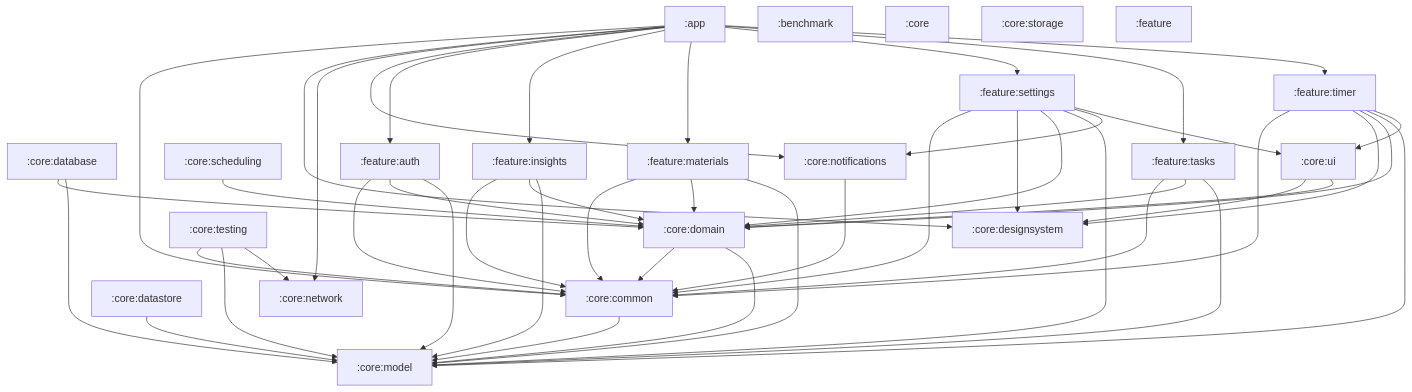
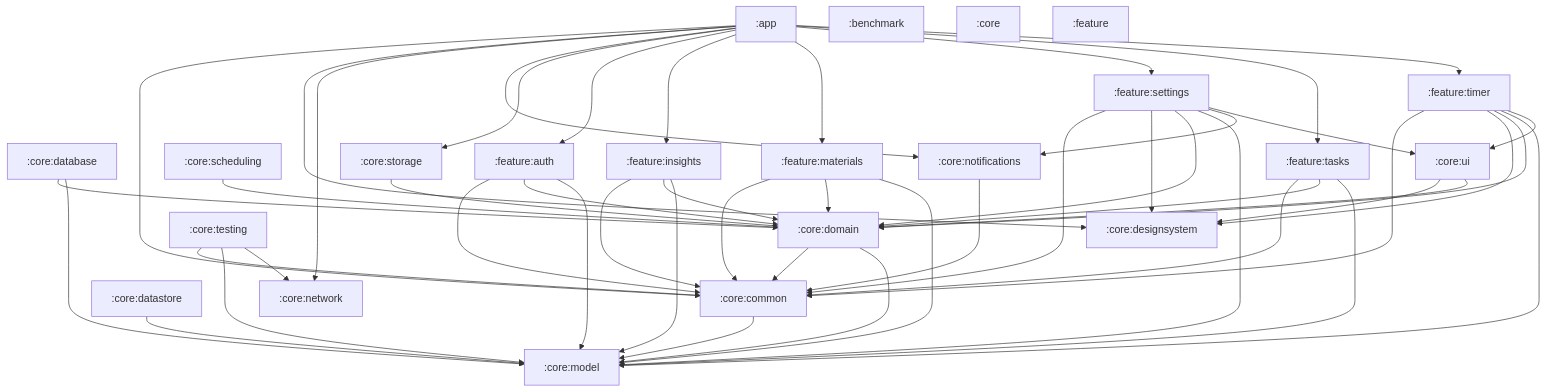
The diagram in docs/module-graph.md (konarsubhojit/study-app), drawn with Mermaid before and after one commit. The commit also changed other lines of this file and 17 other files, not shown here.

````diff
--- a/docs/module-graph.md
+++ b/docs/module-graph.md
@@ -8,71 +8,73 @@
 ```mermaid
 graph TD
     app[":app"]
     benchmark[":benchmark"]
     core[":core"]
     core_common[":core:common"]
     core_database[":core:database"]
     core_datastore[":core:datastore"]
     core_designsystem[":core:designsystem"]
     core_domain[":core:domain"]
     core_model[":core:model"]
     core_network[":core:network"]
     core_notifications[":core:notifications"]
     core_scheduling[":core:scheduling"]
     core_storage[":core:storage"]
     core_testing[":core:testing"]
     core_ui[":core:ui"]
     feature[":feature"]
     feature_auth[":feature:auth"]
     feature_insights[":feature:insights"]
     feature_materials[":feature:materials"]
     feature_settings[":feature:settings"]
     feature_tasks[":feature:tasks"]
     feature_timer[":feature:timer"]
     app --> core_common
     app --> core_designsystem
     app --> core_network
     app --> core_notifications
+    app --> core_storage
     app --> feature_auth
     app --> feature_insights
     app --> feature_materials
     app --> feature_settings
     app --> feature_tasks
     app --> feature_timer
     core_common --> core_model
     core_database --> core_domain
     core_database --> core_model
     core_datastore --> core_model
     core_domain --> core_common
     core_domain --> core_model
     core_notifications --> core_common
     core_scheduling --> core_domain
+    core_storage --> core_domain
     core_testing --> core_common
     core_testing --> core_model
     core_testing --> core_network
     core_ui --> core_designsystem
     core_ui --> core_domain
     feature_auth --> core_common
     feature_auth --> core_domain
     feature_auth --> core_model
     feature_insights --> core_common
     feature_insights --> core_domain
     feature_insights --> core_model
     feature_materials --> core_common
     feature_materials --> core_domain
     feature_materials --> core_model
     feature_settings --> core_common
     feature_settings --> core_designsystem
     feature_settings --> core_domain
     feature_settings --> core_model
     feature_settings --> core_notifications
     feature_settings --> core_ui
     feature_tasks --> core_common
     feature_tasks --> core_domain
     feature_tasks --> core_model
     feature_timer --> core_common
     feature_timer --> core_designsystem
     feature_timer --> core_domain
     feature_timer --> core_model
     feature_timer --> core_ui
 ```
````
